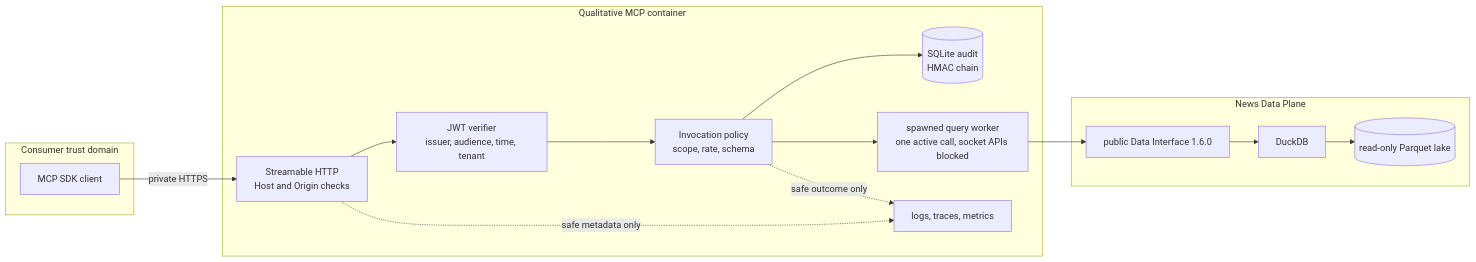
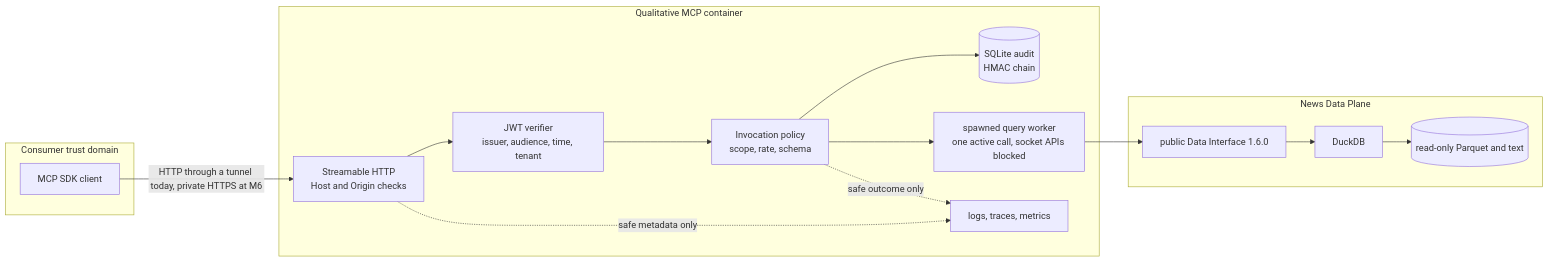
One commit to SiddarthaKoppaka/stram_qualitative_mcp changed the first of 4 diagrams in docs/ARCHITECTURE.md. Above: the diagram before and after it, drawn with Mermaid. The commit also changed other lines of this file and 18 other files, not shown here.

````diff
--- a/docs/ARCHITECTURE.md
+++ b/docs/ARCHITECTURE.md
@@ -10,24 +9,24 @@
 ```mermaid
 flowchart LR
     subgraph consumer[Consumer trust domain]
         C[MCP SDK client]
     end
     subgraph tool[Qualitative MCP container]
         H[Streamable HTTP<br/>Host and Origin checks]
         A[JWT verifier<br/>issuer, audience, time, tenant]
         P[Invocation policy<br/>scope, rate, schema]
         J[(SQLite audit<br/>HMAC chain)]
     W[spawned query worker<br/>one active call, socket APIs blocked]
         O[logs, traces, metrics]
     end
     subgraph data[News Data Plane]
         I[public Data Interface 1.6.0]
         Q[DuckDB]
-        L[(read-only Parquet lake)]
+        L[(read-only Parquet and text)]
     end
-    C -->|private HTTPS| H --> A --> P
+    C -->|HTTP through a tunnel today, private HTTPS at M6| H --> A --> P
     P --> J
     P --> W --> I --> Q --> L
     H -. safe metadata only .-> O
     P -. safe outcome only .-> O
 ```
````
